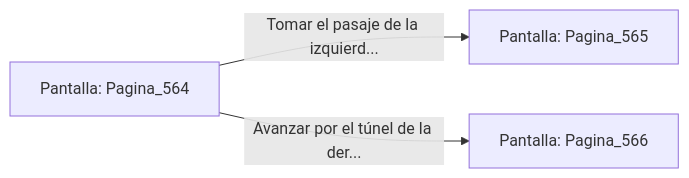
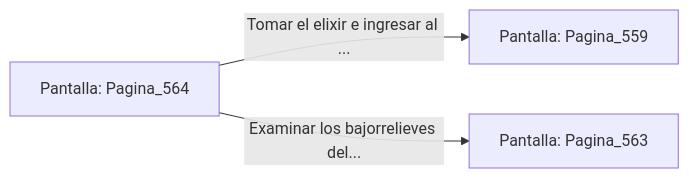
Before and after one commit to metsuke/mpl: the diagram in sample/eligejuego-vault/Pantalla_Pagina_564.md, drawn with Mermaid. The commit also changed other lines of this file and 635 other files, not shown here.

First line of the commit message:
fix: añadir Pagina_1 como pantalla inicial en capitulo_01.mpl

````diff
--- a/sample/eligejuego-vault/Pantalla_Pagina_564.md
+++ b/sample/eligejuego-vault/Pantalla_Pagina_564.md
@@ -20,6 +22,6 @@
 ```mermaid
 graph LR
     P_Pagina_564["Pantalla: Pagina_564"]
-    P_Pagina_564 -->|"Tomar el pasaje de la izquierd..."| P_Pagina_565["Pantalla: Pagina_565"]
-    P_Pagina_564 -->|"Avanzar por el túnel de la der..."| P_Pagina_566["Pantalla: Pagina_566"]
+    P_Pagina_564 -->|"Tomar el elixir e ingresar al ..."| P_Pagina_559["Pantalla: Pagina_559"]
+    P_Pagina_564 -->|"Examinar los bajorrelieves del..."| P_Pagina_563["Pantalla: Pagina_563"]
 ```
````
